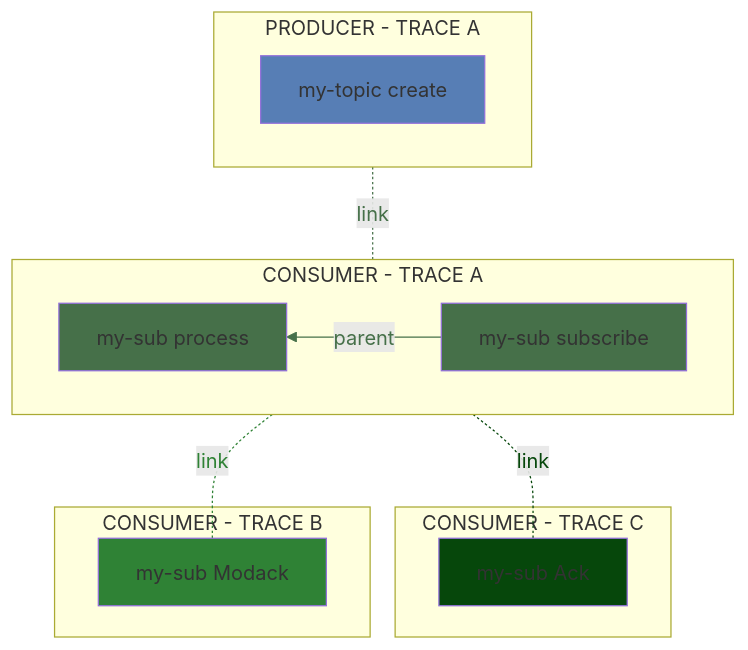
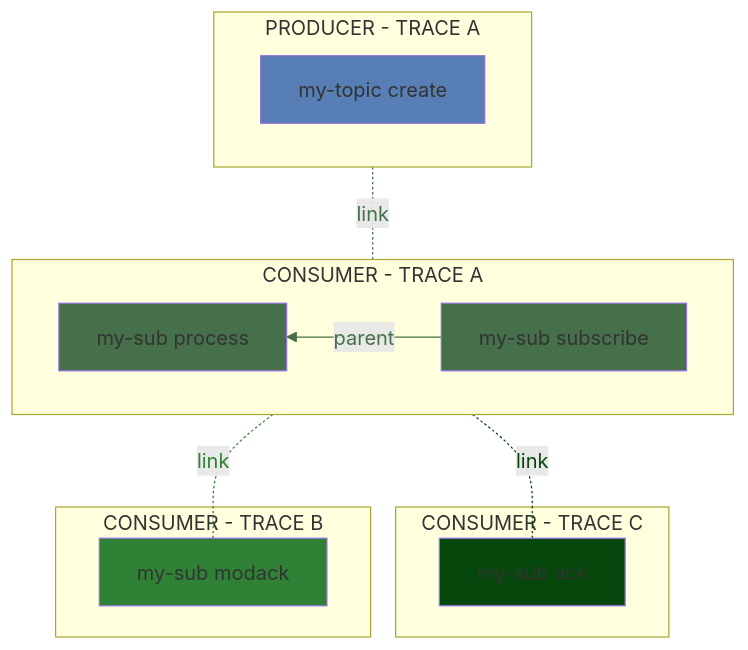
One commit to alevenberg/semantic-conventions changed diagram 23 of 30 in docs/messaging/gcp-pubsub.md. Above: the diagram before and after it, drawn with Mermaid. The commit also changed other lines of this file, not shown here.

````diff
--- a/docs/messaging/gcp-pubsub.md
+++ b/docs/messaging/gcp-pubsub.md
@@ -1029,40 +1071,40 @@
 ```mermaid
 flowchart TD;
   subgraph CONSUMER - TRACE C  
- Ack[my-sub Ack]
+ Ack[my-sub ack]
   end
   subgraph CONSUMER - TRACE B
- Modack[my-sub Modack]
+ Modack[my-sub modack]
   end
     subgraph CONSUMER - TRACE A
    direction RL
    S[my-sub subscribe]
 D[my-sub process]
     S--parent-->D;
     %% link 9
   end
   subgraph PRODUCER - TRACE A
    direction RL
  C[my-topic create]
   end
   C-. link .-S;
 
  S-. link .-Modack;
  S-. link .-Ack;
 
    classDef consumer fill:#467049
   class S,MQ,LM,BS,CC,D consumer
   linkStyle 0,1 color:#467049,stroke:#467049
 
   classDef Modack fill:#2f8235
   class Modack Modack
   linkStyle 2 color:#2f8235,stroke:#2f8235
      classDef Ack fill:#06470b
   class Ack Ack
   linkStyle 3 color:#06470b,stroke:#06470b
 
   classDef producer fill:#577eb5
   class C producer
 
 
 ```
````
